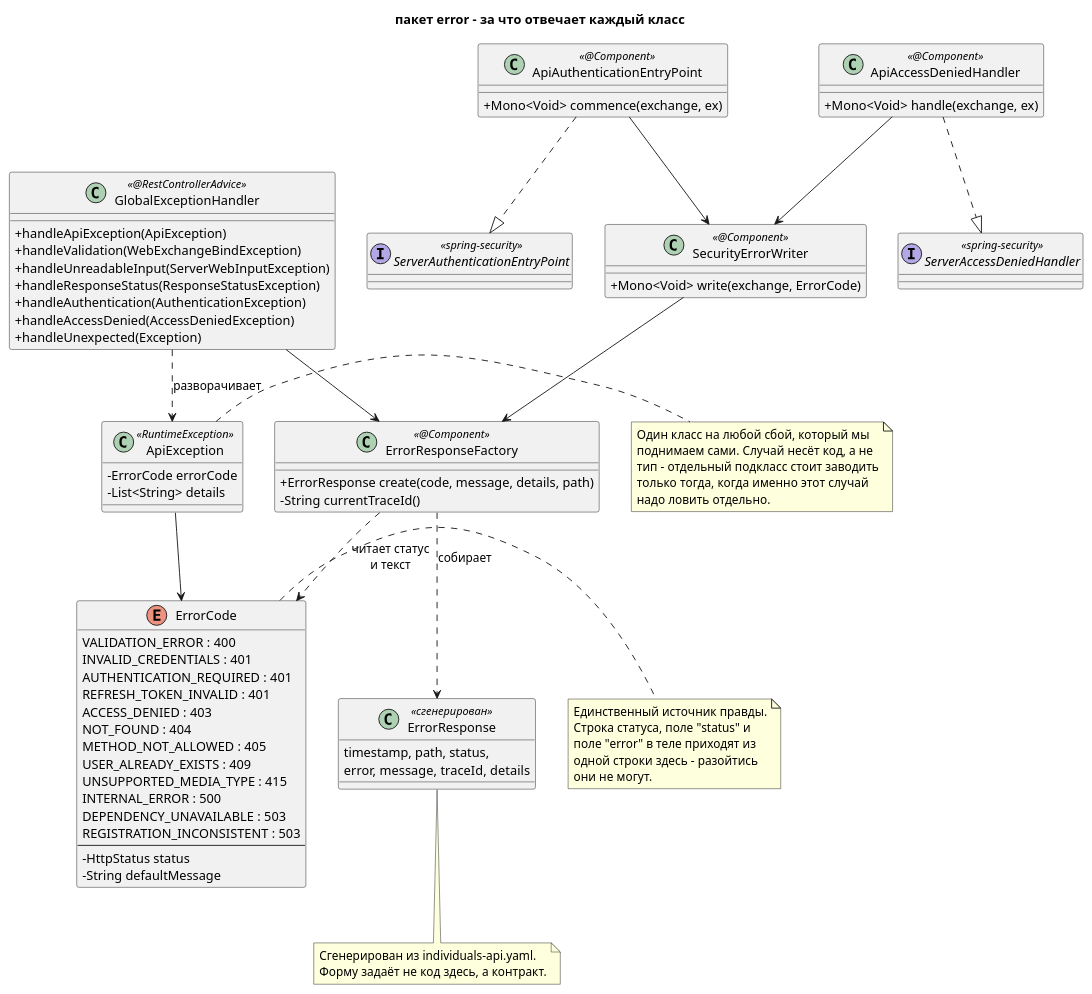
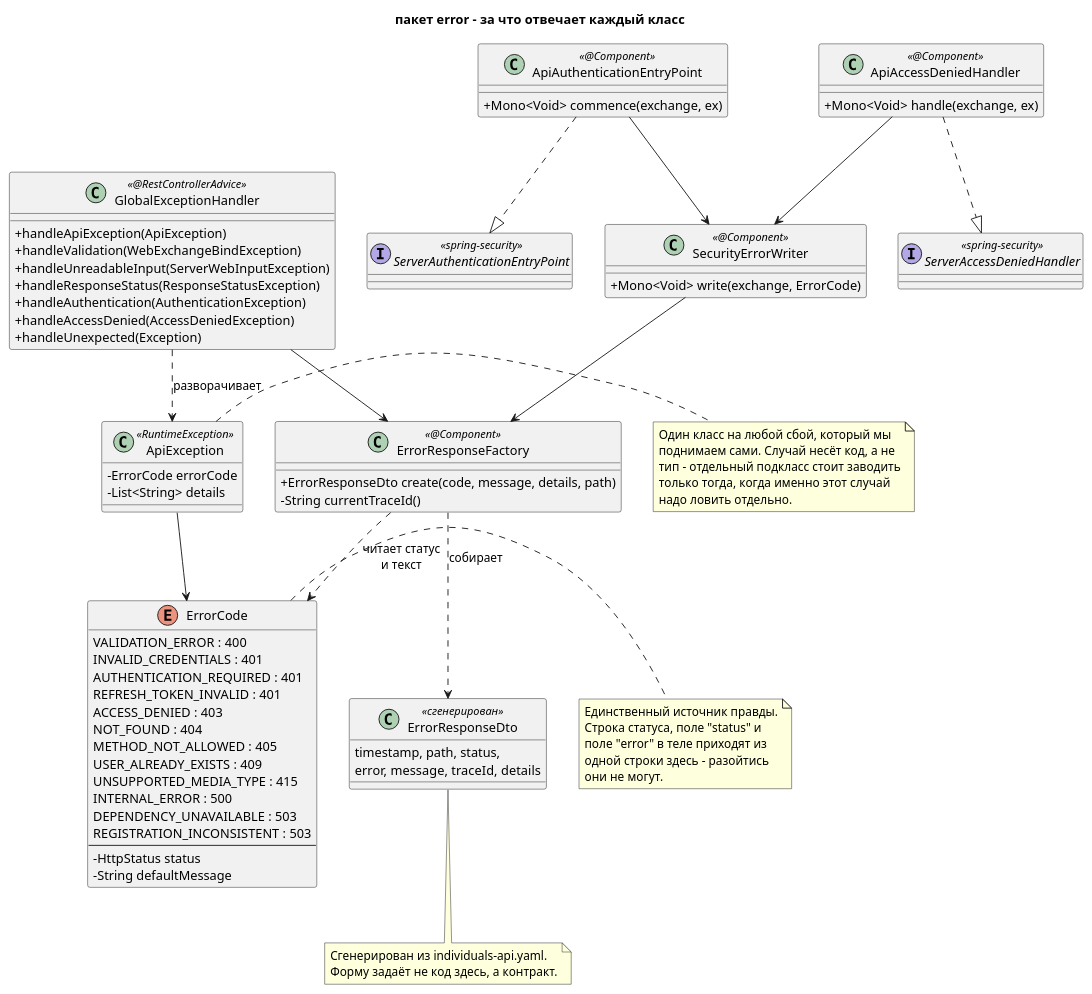
One commit to dezxxx/payment-platform changed the second of 3 diagrams in docs/puml-ru/error-handling.puml. Above: the diagram before and after it, drawn with PlantUML. The commit also changed other lines of this file and 20 other files, not shown here.

```diff
--- a/docs/puml-ru/error-handling.puml
+++ b/docs/puml-ru/error-handling.puml
@@ -80,95 +80,95 @@
 @startuml error-classes
 title пакет error - за что отвечает каждый класс
 
 skinparam shadowing false
 skinparam classAttributeIconSize 0
 
 enum ErrorCode {
   VALIDATION_ERROR : 400
   INVALID_CREDENTIALS : 401
   AUTHENTICATION_REQUIRED : 401
   REFRESH_TOKEN_INVALID : 401
   ACCESS_DENIED : 403
   NOT_FOUND : 404
   METHOD_NOT_ALLOWED : 405
   USER_ALREADY_EXISTS : 409
   UNSUPPORTED_MEDIA_TYPE : 415
   INTERNAL_ERROR : 500
   DEPENDENCY_UNAVAILABLE : 503
   REGISTRATION_INCONSISTENT : 503
   --
   - HttpStatus status
   - String defaultMessage
 }
 note right of ErrorCode
   Единственный источник правды.
   Строка статуса, поле "status" и
   поле "error" в теле приходят из
   одной строки здесь - разойтись
   они не могут.
 end note
 
 class ApiException <<RuntimeException>> {
   - ErrorCode errorCode
   - List<String> details
 }
 note right of ApiException
   Один класс на любой сбой, который мы
   поднимаем сами. Случай несёт код, а не
   тип - отдельный подкласс стоит заводить
   только тогда, когда именно этот случай
   надо ловить отдельно.
 end note
 
 class ErrorResponseFactory <<@Component>> {
-  + ErrorResponse create(code, message, details, path)
+  + ErrorResponseDto create(code, message, details, path)
   - String currentTraceId()
 }
 
 class GlobalExceptionHandler <<@RestControllerAdvice>> {
   + handleApiException(ApiException)
   + handleValidation(WebExchangeBindException)
   + handleUnreadableInput(ServerWebInputException)
   + handleResponseStatus(ResponseStatusException)
   + handleAuthentication(AuthenticationException)
   + handleAccessDenied(AccessDeniedException)
   + handleUnexpected(Exception)
 }
 
 class SecurityErrorWriter <<@Component>> {
   + Mono<Void> write(exchange, ErrorCode)
 }
 
 class ApiAuthenticationEntryPoint <<@Component>> {
   + Mono<Void> commence(exchange, ex)
 }
 
 class ApiAccessDeniedHandler <<@Component>> {
   + Mono<Void> handle(exchange, ex)
 }
 
 interface ServerAuthenticationEntryPoint <<spring-security>>
 interface ServerAccessDeniedHandler <<spring-security>>
 
-class ErrorResponse <<сгенерирован>> {
+class ErrorResponseDto <<сгенерирован>> {
   timestamp, path, status,
   error, message, traceId, details
 }
-note bottom of ErrorResponse
+note bottom of ErrorResponseDto
   Сгенерирован из individuals-api.yaml.
   Форму задаёт не код здесь, а контракт.
 end note
 
 ApiAuthenticationEntryPoint ..|> ServerAuthenticationEntryPoint
 ApiAccessDeniedHandler ..|> ServerAccessDeniedHandler
 
 ApiAuthenticationEntryPoint --> SecurityErrorWriter
 ApiAccessDeniedHandler --> SecurityErrorWriter
 SecurityErrorWriter --> ErrorResponseFactory
 GlobalExceptionHandler --> ErrorResponseFactory
-ErrorResponseFactory ..> ErrorResponse : собирает
+ErrorResponseFactory ..> ErrorResponseDto : собирает
 ErrorResponseFactory ..> ErrorCode : читает статус\nи текст
 ApiException --> ErrorCode
 GlobalExceptionHandler ..> ApiException : разворачивает
 
 @enduml
```
